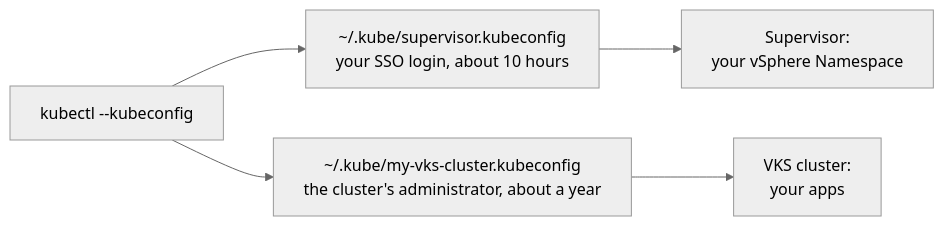
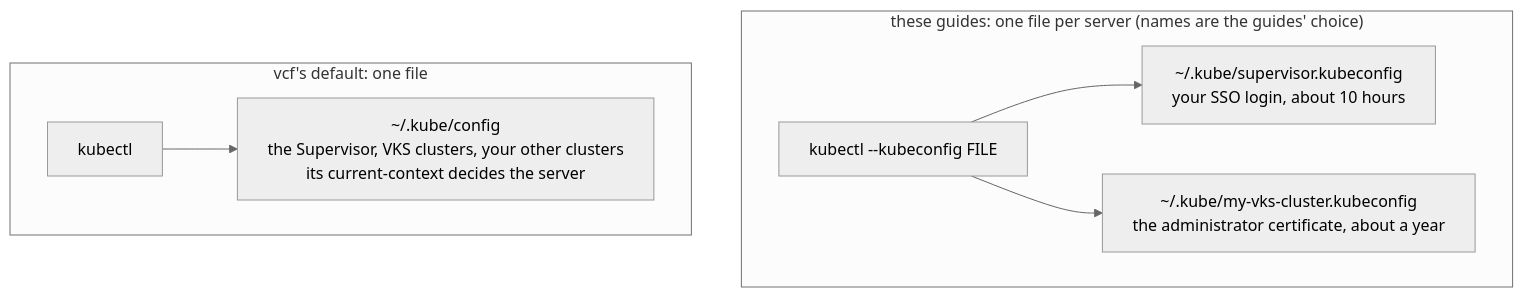
Before and after one commit to AndriyKalashnykov/vks-guides: the second of 2 diagrams in docs/VCF.md, drawn with Mermaid (neutral theme). The commit also changed other lines of this file, not shown here.

First line of the commit message:
docs: VCF.md kubeconfig section for vCenter administrators: VKS and vcf defaults vs the guides' choices (#130)

````diff
--- a/docs/VCF.md
+++ b/docs/VCF.md
@@ -372,8 +322,11 @@
 ```mermaid
 %%{init: {"flowchart": {"htmlLabels": false, "wrappingWidth": 600}}}%%
-flowchart LR
-  k["kubectl --kubeconfig"] --> sk["~/.kube/supervisor.kubeconfig<br/>your SSO login, about 10 hours"]
-  k --> ck["~/.kube/my-vks-cluster.kubeconfig<br/>the cluster's administrator, about a year"]
-  sk --> S["Supervisor:<br/>your vSphere Namespace"]
-  ck --> C["VKS cluster:<br/>your apps"]
+flowchart TB
+  subgraph guides["these guides: one file per server (names are the guides' choice)"]
+    gk["kubectl --kubeconfig FILE"] --> gs["~/.kube/supervisor.kubeconfig<br/>your SSO login, about 10 hours"]
+    gk --> gc["~/.kube/my-vks-cluster.kubeconfig<br/>the administrator certificate, about a year"]
+  end
+  subgraph def["vcf's default: one file"]
+    dk["kubectl"] --> df["~/.kube/config<br/>the Supervisor, VKS clusters, your other clusters<br/>its current-context decides the server"]
+  end
 ```
````
